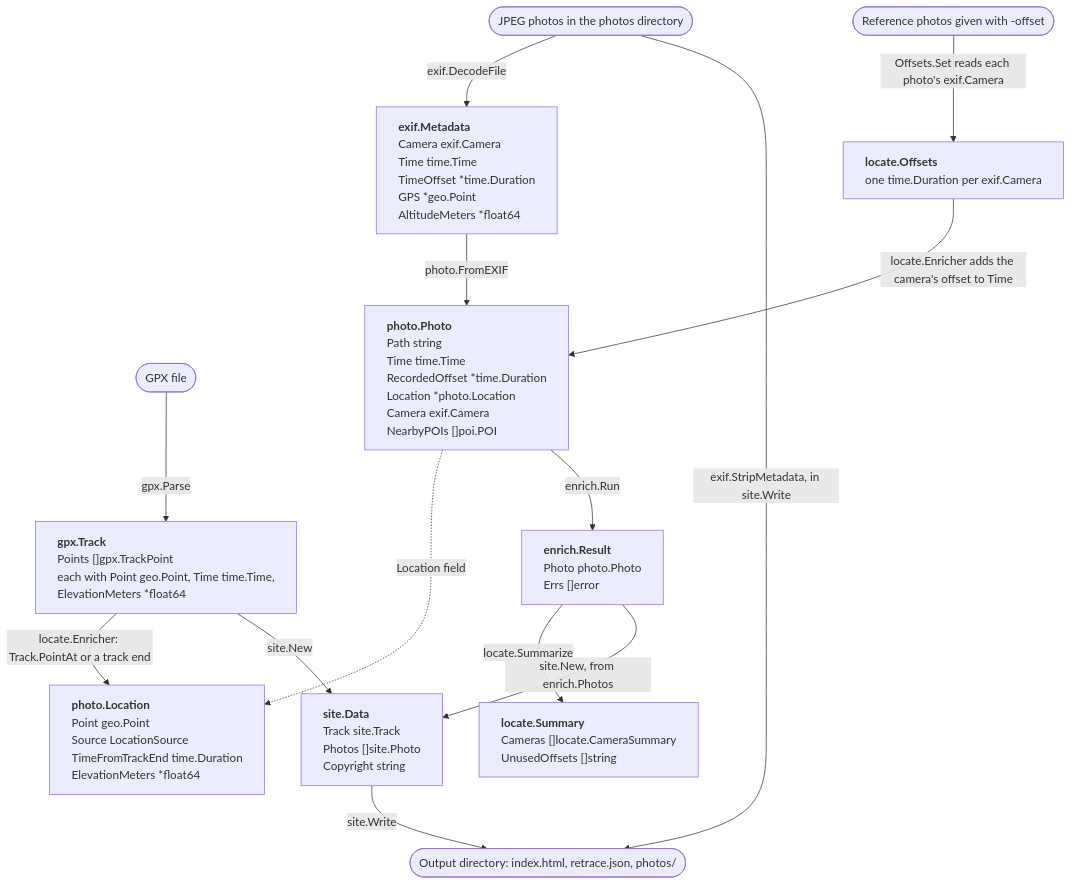
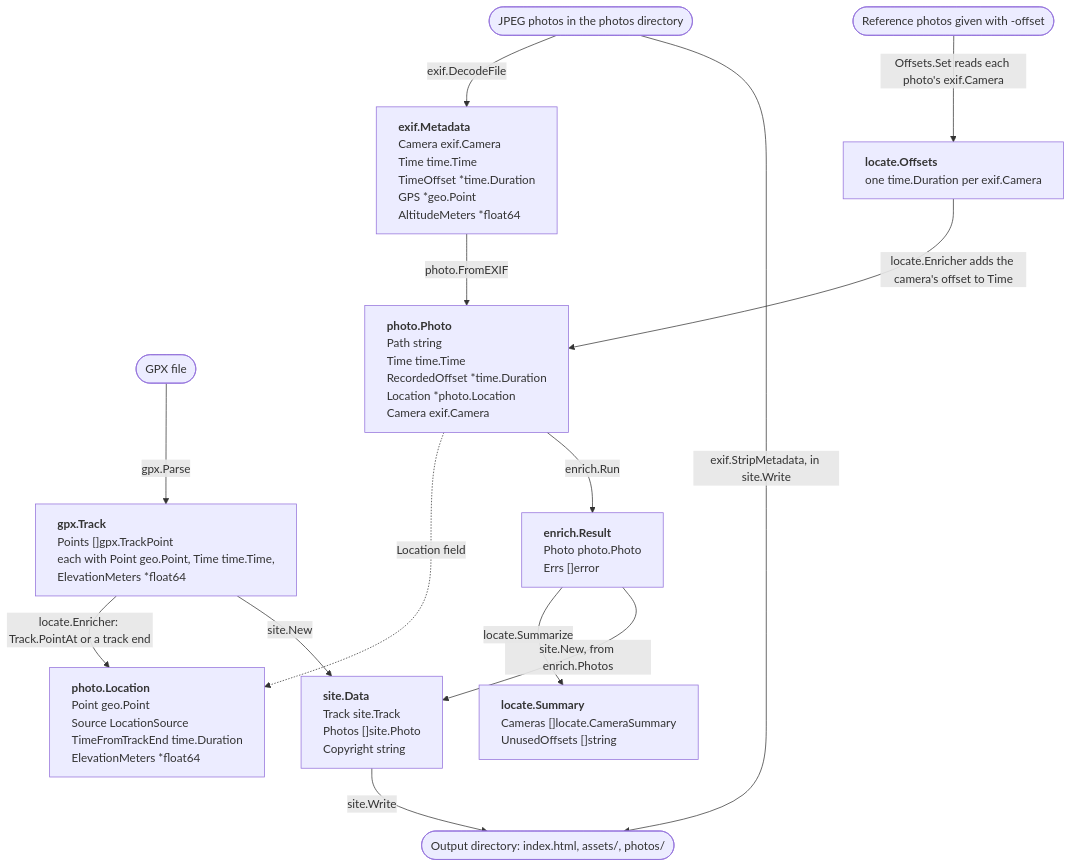
The diagram in README.md (sh531/retrace), drawn with Mermaid before and after one commit. The commit also changed other lines of this file and 7 other files, not shown here.

First line of the commit message:
Chore/drop retrace json and POI (not implementing at the moment) (#9)

````diff
--- a/README.md
+++ b/README.md
@@ -135,41 +132,41 @@
 ```mermaid
 ---
 config:
   flowchart:
     wrappingWidth: 400
 ---
 flowchart TD
     jpegs(["JPEG photos in the photos directory"])
     gpxFile(["GPX file"])
     refPhotos(["Reference photos given with -offset"])
-    outDir(["Output directory: index.html, retrace.json, photos/"])
+    outDir(["Output directory: index.html, assets/, photos/"])
 
     Metadata["<b>exif.Metadata</b><br/>Camera exif.Camera<br/>Time time.Time<br/>TimeOffset *time.Duration<br/>GPS *geo.Point<br/>AltitudeMeters *float64"]
-    Photo["<b>photo.Photo</b><br/>Path string<br/>Time time.Time<br/>RecordedOffset *time.Duration<br/>Location *photo.Location<br/>Camera exif.Camera<br/>NearbyPOIs []poi.POI"]
+    Photo["<b>photo.Photo</b><br/>Path string<br/>Time time.Time<br/>RecordedOffset *time.Duration<br/>Location *photo.Location<br/>Camera exif.Camera"]
     Location["<b>photo.Location</b><br/>Point geo.Point<br/>Source LocationSource<br/>TimeFromTrackEnd time.Duration<br/>ElevationMeters *float64"]
     Track["<b>gpx.Track</b><br/>Points []gpx.TrackPoint<br/>each with Point geo.Point, Time time.Time,<br/>ElevationMeters *float64"]
     Offsets["<b>locate.Offsets</b><br/>one time.Duration per exif.Camera"]
     Result["<b>enrich.Result</b><br/>Photo photo.Photo<br/>Errs []error"]
     Summary["<b>locate.Summary</b><br/>Cameras []locate.CameraSummary<br/>UnusedOffsets []string"]
     Data["<b>site.Data</b><br/>Track site.Track<br/>Photos []site.Photo<br/>Copyright string"]
 
     jpegs -->|exif.DecodeFile| Metadata
     Metadata -->|photo.FromEXIF| Photo
     gpxFile -->|gpx.Parse| Track
     refPhotos -->|"Offsets.Set reads each photo's exif.Camera"| Offsets
 
     Offsets -->|"locate.Enricher adds the camera's offset to Time"| Photo
     Track -->|"locate.Enricher: Track.PointAt or a track end"| Location
     Photo -.->|"Location field"| Location
 
     Photo -->|enrich.Run| Result
     Result -->|locate.Summarize| Summary
 
     Result -->|"site.New, from enrich.Photos"| Data
     Track -->|site.New| Data
     Data -->|site.Write| outDir
     jpegs -->|"exif.StripMetadata, in site.Write"| outDir
 
     classDef struct text-align:left
     class Metadata,Photo,Location,Track,Offsets,Result,Summary,Data struct
 ```
````
